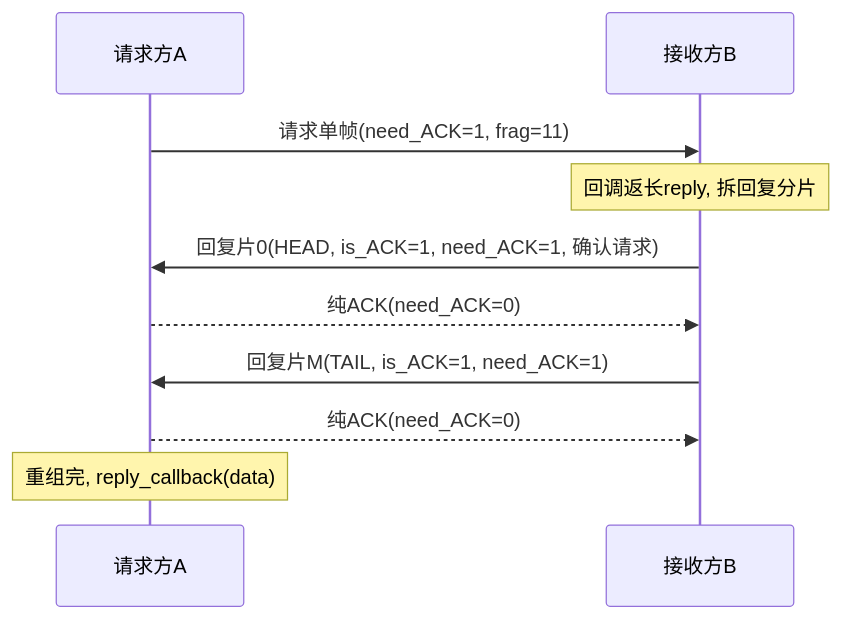
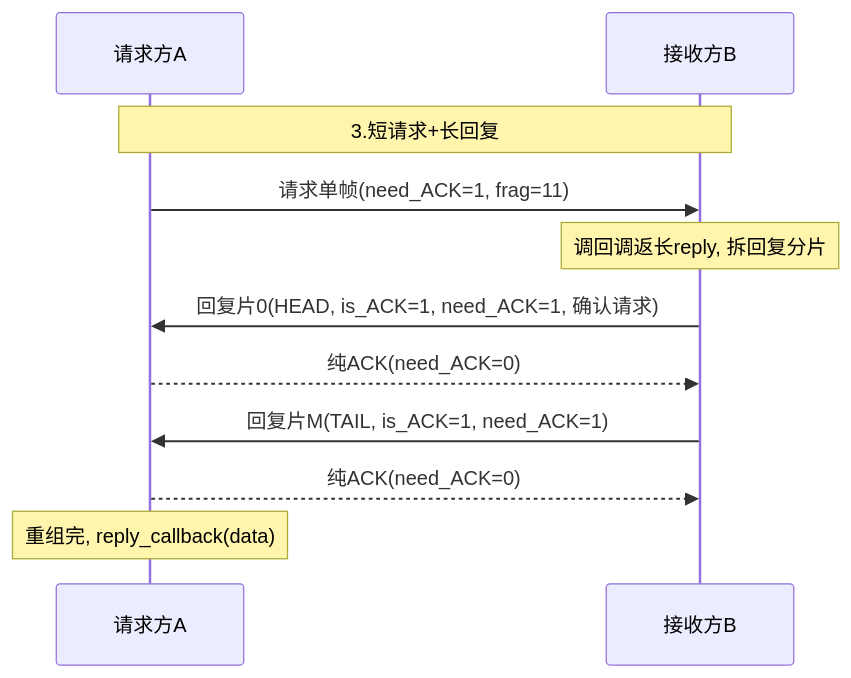
One commit to Siaiai/ObsidianNote changed the third of 13 diagrams in 工作/项目/代码/260401S3分拣面板-SIA-R9000P.md. Above: the diagram before and after it, drawn with Mermaid. The commit also changed other lines of this file and 1 other file, not shown here.

````diff
--- a/工作/项目/代码/260401S3分拣面板-SIA-R9000P.md
+++ b/工作/项目/代码/260401S3分拣面板-SIA-R9000P.md
@@ -131,12 +133,13 @@
 ```mermaid
 sequenceDiagram
     participant A as 请求方A
     participant B as 接收方B
+    Note over A,B: 3.短请求+长回复
     A->>B: 请求单帧(need_ACK=1, frag=11)
-    Note over B: 回调返长reply, 拆回复分片
+    Note over B: 调回调返长reply, 拆回复分片
     B->>A: 回复片0(HEAD, is_ACK=1, need_ACK=1, 确认请求)
     A-->>B: 纯ACK(need_ACK=0)
     B->>A: 回复片M(TAIL, is_ACK=1, need_ACK=1)
     A-->>B: 纯ACK(need_ACK=0)
     Note over A: 重组完, reply_callback(data)
 ```
````
